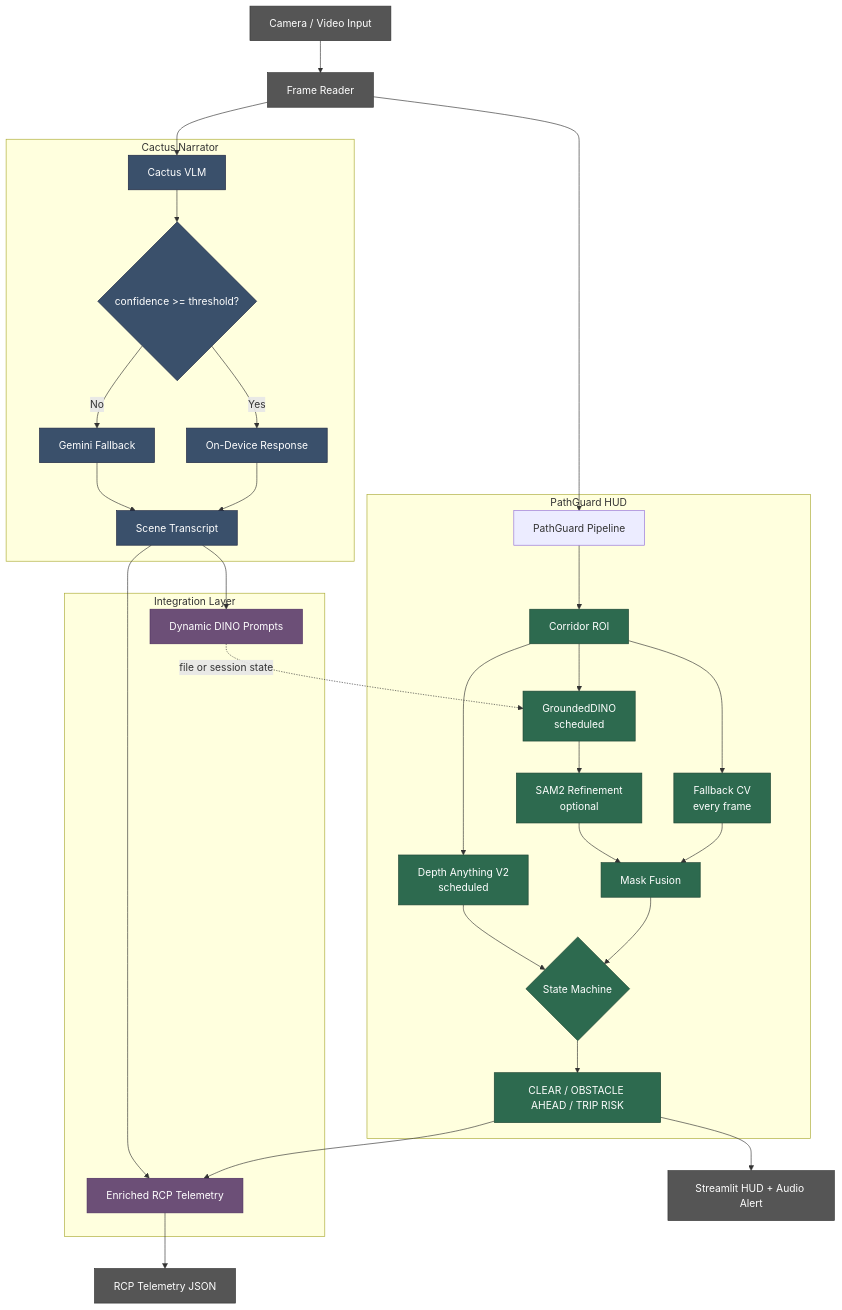
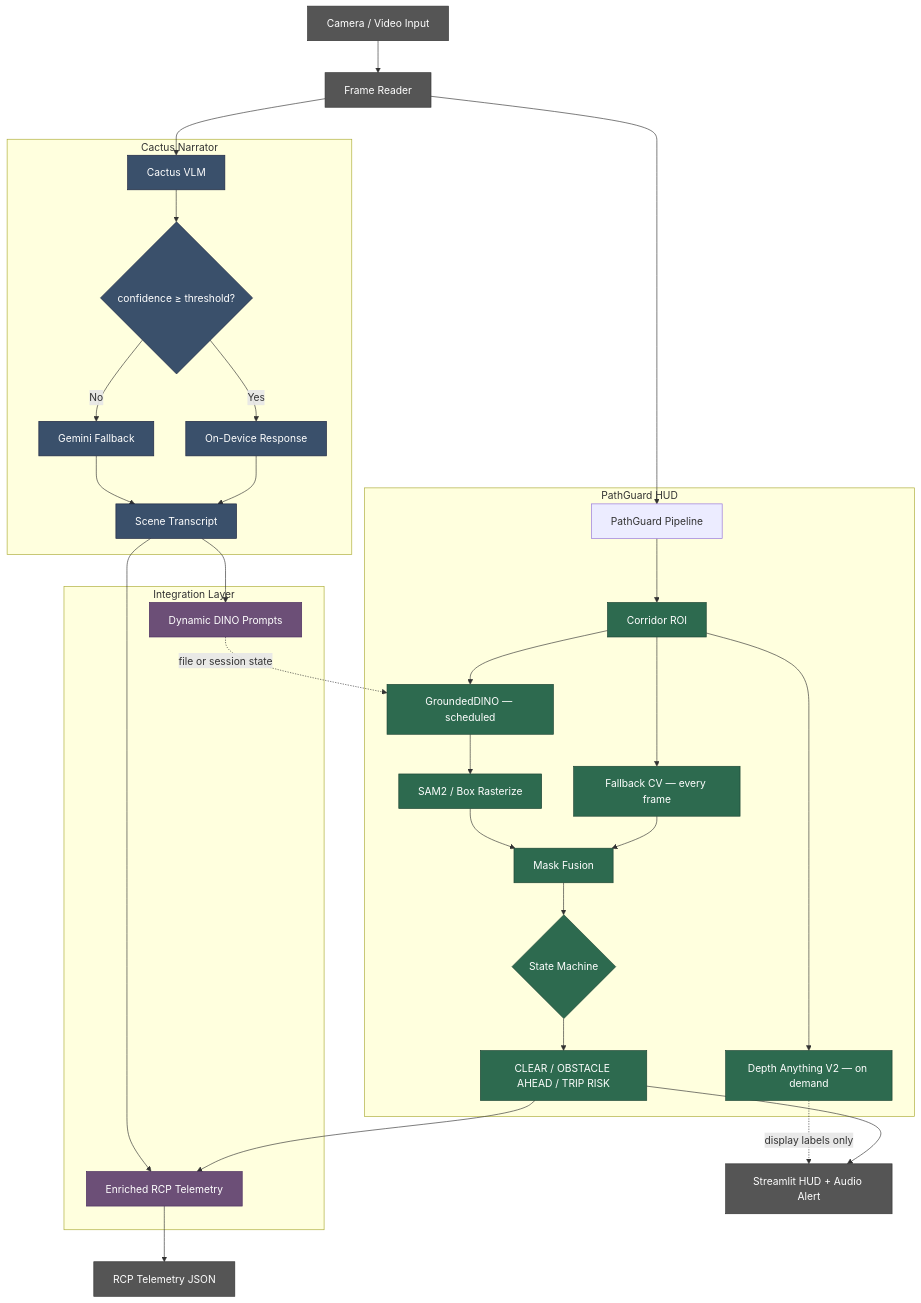
Before and after one commit to Rayhanpatel/PathGuard: the first of 3 diagrams in README.md, drawn with Mermaid. The commit also changed other lines of this file and 2 other files, not shown here.

````diff
--- a/README.md
+++ b/README.md
@@ -172,48 +182,47 @@
 ```mermaid
 flowchart TD
     A["Camera / Video Input"] --> B["Frame Reader"]
-
     B --> C["PathGuard Pipeline"]
     B --> D["Cactus VLM"]
 
     subgraph PG["PathGuard HUD"]
         C --> E["Corridor ROI"]
-        E --> F["Fallback CV<br/>every frame"]
-        E --> G["GroundedDINO<br/>scheduled"]
-        E --> H["Depth Anything V2<br/>scheduled"]
-        G --> SAM["SAM2 Refinement<br/>optional"]
+        E --> F["Fallback CV — every frame"]
+        E --> G["GroundedDINO — scheduled"]
+        E --> H["Depth Anything V2 — on demand"]
+        G --> SAM["SAM2 / Box Rasterize"]
         F --> I["Mask Fusion"]
         SAM --> I
         I --> J{"State Machine"}
-        H --> J
         J --> K["CLEAR / OBSTACLE AHEAD / TRIP RISK"]
     end
 
     subgraph CN["Cactus Narrator"]
-        D --> L{"confidence >= threshold?"}
+        D --> L{"confidence ≥ threshold?"}
         L -- Yes --> M["On-Device Response"]
         L -- No --> N["Gemini Fallback"]
         M --> O["Scene Transcript"]
         N --> O
     end
 
     subgraph IL["Integration Layer"]
         O --> P["Dynamic DINO Prompts"]
         P -.->|file or session state| G
         K --> Q["Enriched RCP Telemetry"]
         O --> Q
     end
 
     K --> R["Streamlit HUD + Audio Alert"]
+    H -.->|display labels only| R
     Q --> S["RCP Telemetry JSON"]
 
     classDef spatial fill:#2d6a4f,stroke:#1b4332,color:#fff
     classDef narrator fill:#3a506b,stroke:#1c2541,color:#fff
     classDef integration fill:#6c4f77,stroke:#4a2c5e,color:#fff
     classDef io fill:#555,stroke:#333,color:#fff
 
     class E,F,G,H,SAM,I,J,K spatial
     class D,L,M,N,O narrator
     class P,Q integration
     class A,B,R,S io
 ```
````
